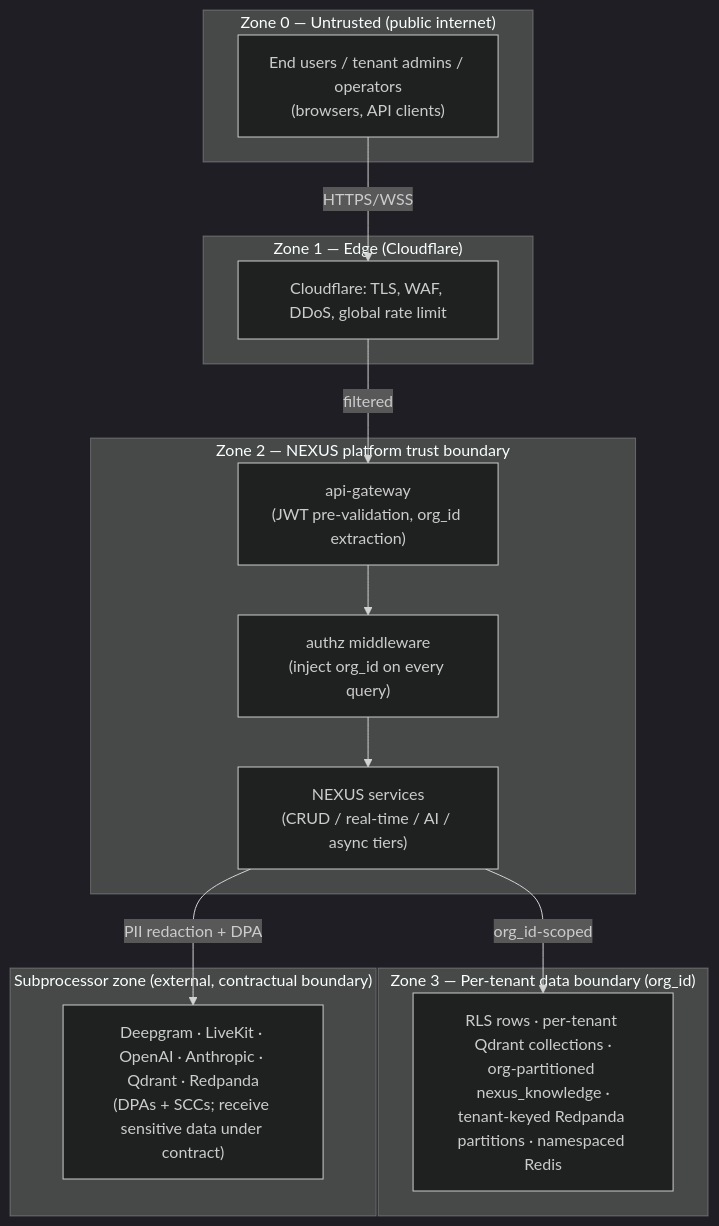
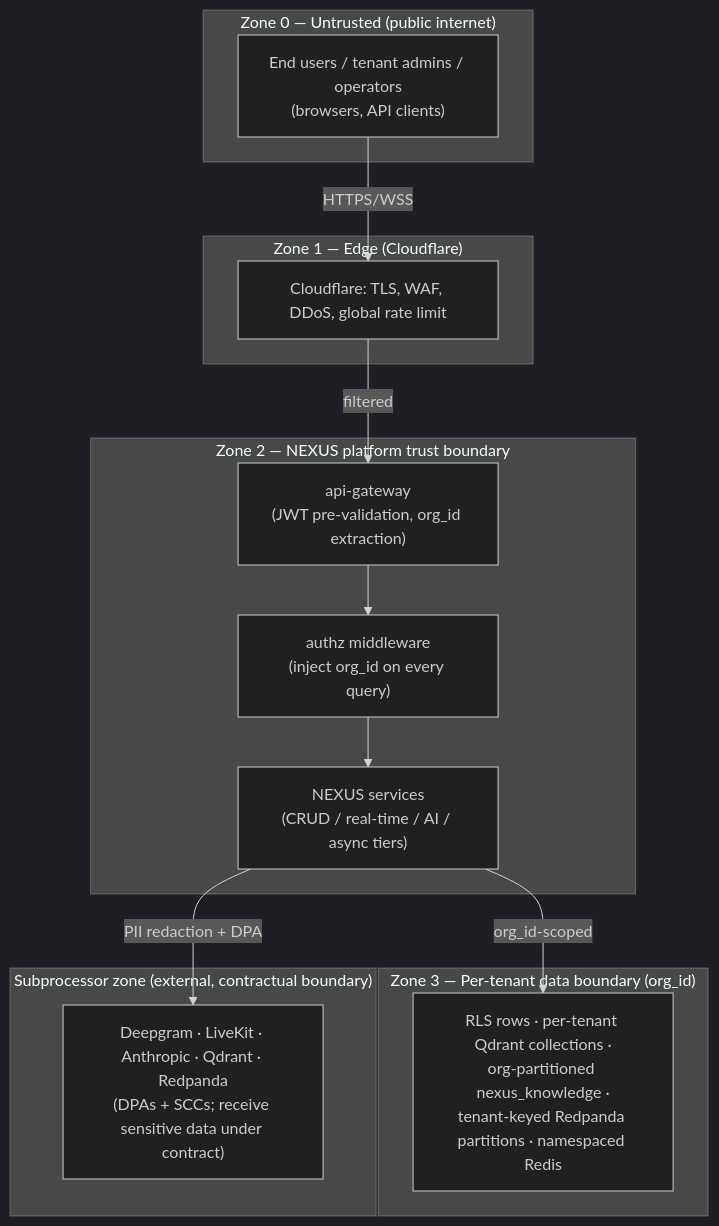
One commit to Mytheus-AI/mytheus-docs changed the third of 5 diagrams in 02-system-context.md. Above: the diagram before and after it, drawn with Mermaid (dark theme). The commit also changed other lines of this file and 23 other files, not shown here.

````diff
--- a/02-system-context.md
+++ b/02-system-context.md
@@ -149,31 +149,31 @@
 ```mermaid
 flowchart TB
   subgraph untrusted["Zone 0 — Untrusted (public internet)"]
     EU["End users / tenant admins / operators<br/>(browsers, API clients)"]
   end
 
   subgraph edge["Zone 1 — Edge (Cloudflare)"]
     CF["Cloudflare: TLS, WAF, DDoS, global rate limit"]
   end
 
   subgraph platform["Zone 2 — NEXUS platform trust boundary"]
     GW["api-gateway<br/>(JWT pre-validation, org_id extraction)"]
     MW["authz middleware<br/>(inject org_id on every query)"]
     SVC["NEXUS services<br/>(CRUD / real-time / AI / async tiers)"]
   end
 
   subgraph tenant["Zone 3 — Per-tenant data boundary (org_id)"]
     DATA["RLS rows · per-tenant Qdrant collections ·<br/>org-partitioned nexus_knowledge ·<br/>tenant-keyed Redpanda partitions · namespaced Redis"]
   end
 
   subgraph subproc["Subprocessor zone (external, contractual boundary)"]
-    SP["Deepgram · LiveKit · OpenAI · Anthropic · Qdrant · Redpanda<br/>(DPAs + SCCs; receive sensitive data under contract)"]
+    SP["Deepgram · LiveKit · Anthropic · Qdrant · Redpanda<br/>(DPAs + SCCs; receive sensitive data under contract)"]
   end
 
   EU -->|HTTPS/WSS| CF
   CF -->|filtered| GW
   GW --> MW
   MW --> SVC
   SVC -->|"org_id-scoped"| DATA
   SVC -->|"PII redaction + DPA"| SP
 ```
````
